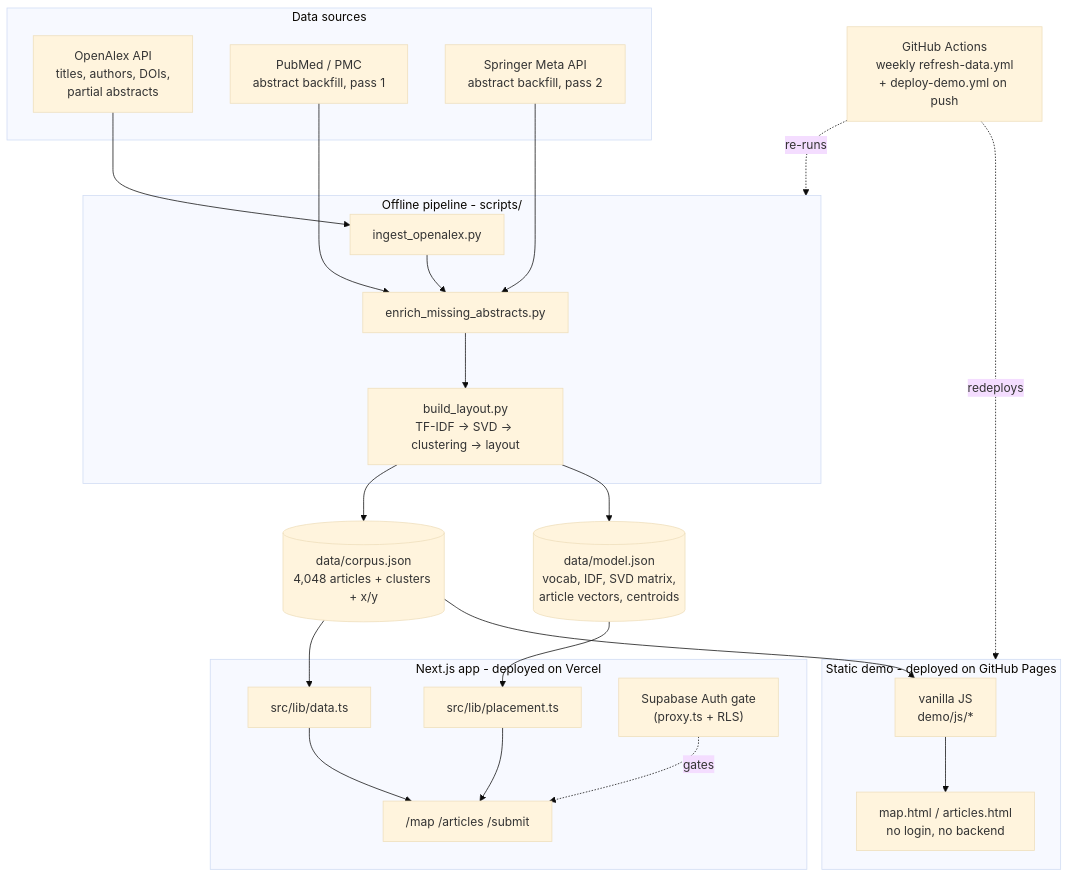
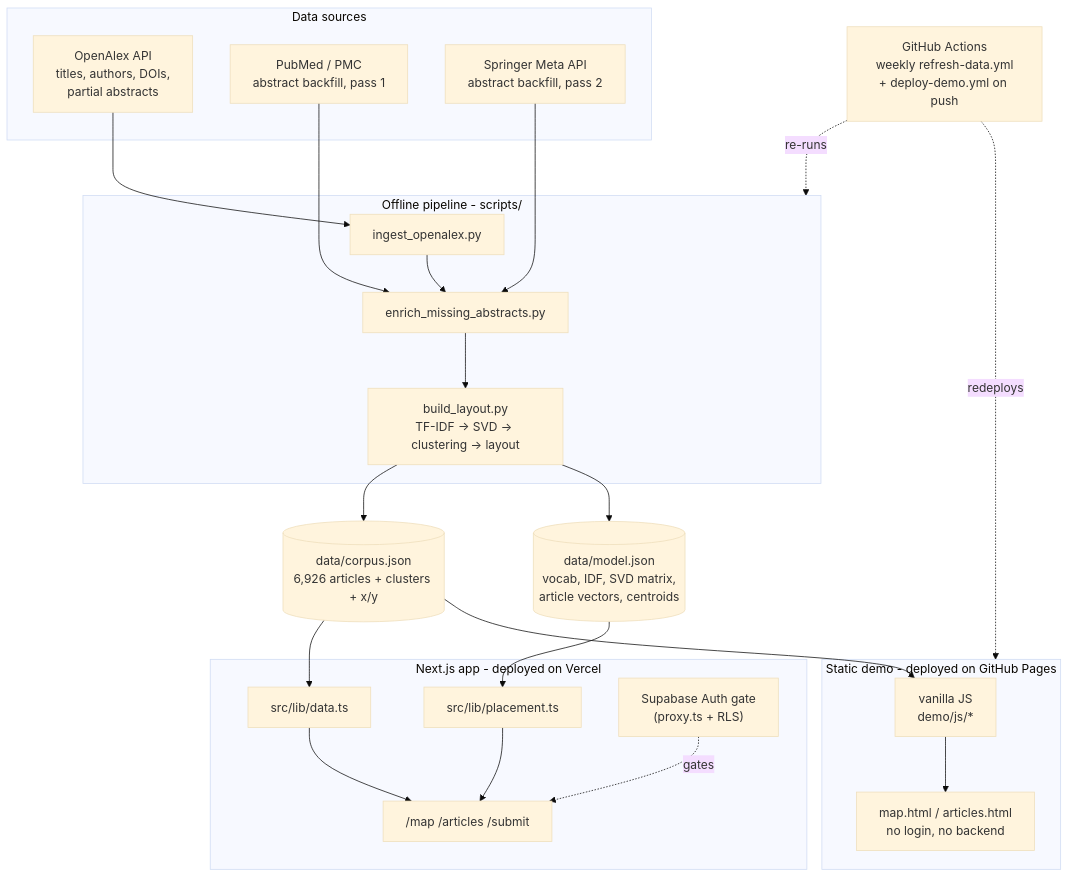
One commit to david-j-cox/published-landscape changed the first of 2 diagrams in README.md. Above: the diagram before and after it, drawn with Mermaid (base theme). The commit also changed other lines of this file and 9 other files, not shown here.

````diff
--- a/README.md
+++ b/README.md
@@ -41,43 +41,43 @@
 ```mermaid
 flowchart TB
     subgraph Sources["Data sources"]
         OA["OpenAlex API<br/>titles, authors, DOIs,<br/>partial abstracts"]
         PM["PubMed / PMC<br/>abstract backfill, pass 1"]
         SP["Springer Meta API<br/>abstract backfill, pass 2"]
     end
 
     subgraph Pipeline["Offline pipeline - scripts/"]
         ING["ingest_openalex.py"]
         ENR["enrich_missing_abstracts.py"]
         BLD["build_layout.py<br/>TF-IDF -&gt; SVD -&gt; clustering -&gt; layout"]
     end
 
     OA --> ING --> ENR
     PM --> ENR
     SP --> ENR
     ENR --> BLD
 
-    BLD --> CORPUS[("data/corpus.json<br/>4,048 articles + clusters + x/y")]
+    BLD --> CORPUS[("data/corpus.json<br/>6,926 articles + clusters + x/y")]
     BLD --> MODEL[("data/model.json<br/>vocab, IDF, SVD matrix,<br/>article vectors, centroids")]
 
     subgraph App["Next.js app - deployed on Vercel"]
         DATA["src/lib/data.ts"]
         PLACE["src/lib/placement.ts"]
         AUTH["Supabase Auth gate<br/>(proxy.ts + RLS)"]
         PAGES["/map  /articles  /submit"]
     end
 
     subgraph Demo["Static demo - deployed on GitHub Pages"]
         VJS["vanilla JS<br/>demo/js/*"]
         DPAGES["map.html / articles.html<br/>no login, no backend"]
     end
 
     CORPUS --> DATA --> PAGES
     MODEL --> PLACE --> PAGES
     AUTH -.gates.-> PAGES
     CORPUS --> VJS --> DPAGES
 
     GH["GitHub Actions<br/>weekly refresh-data.yml<br/>+ deploy-demo.yml on push"]
     GH -. re-runs .-> Pipeline
     GH -. redeploys .-> Demo
 ```
````
